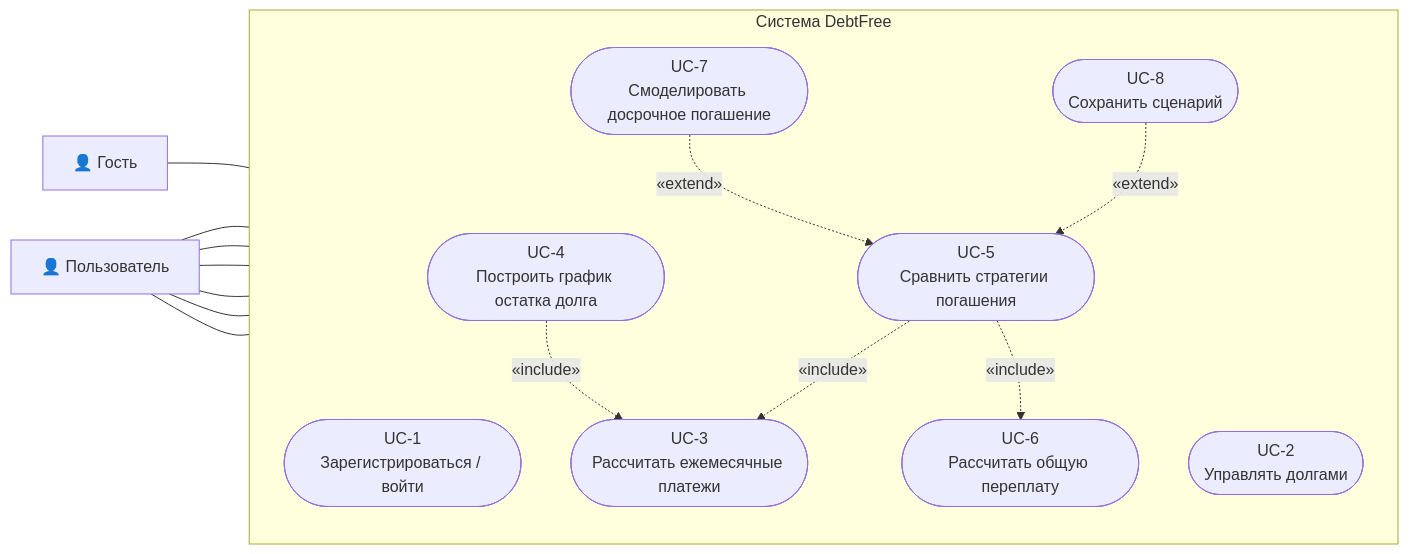
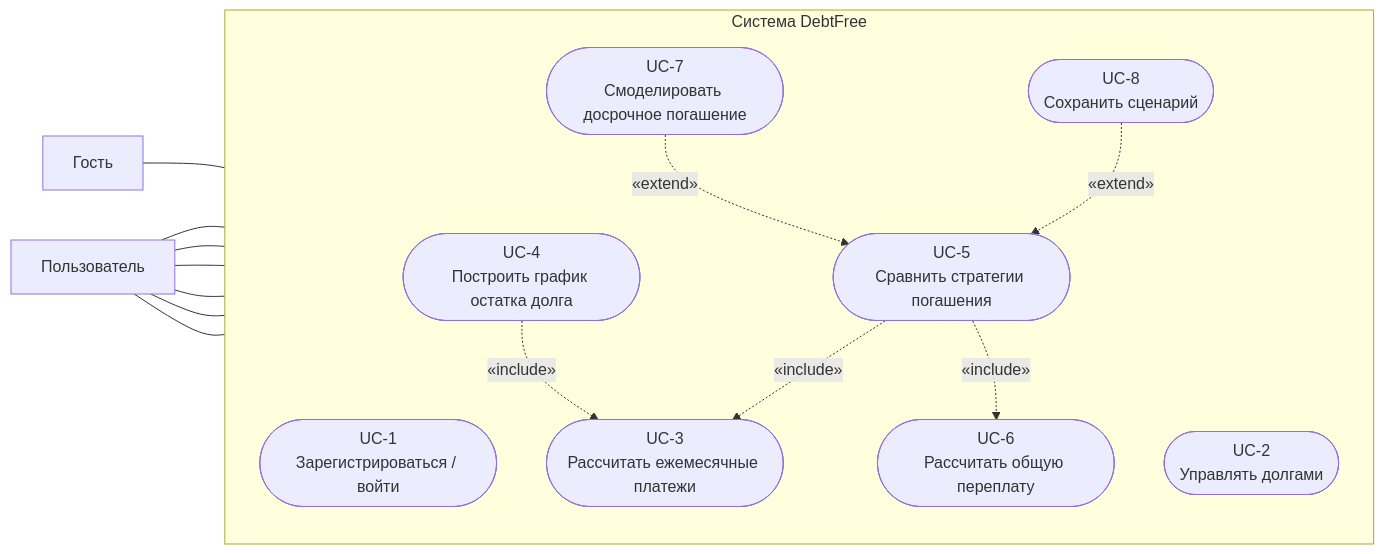
One commit to NE4EL/DebtFree changed the first of 3 diagrams in README.md. Above: the diagram before and after it, drawn with Mermaid.

````diff
--- a/README.md
+++ b/README.md
@@ -38,31 +38,31 @@
 ```mermaid
 flowchart LR
-    G["👤 Гость"]
-    U["👤 Пользователь"]
+    G["Гость"]
+    U["Пользователь"]
 
     subgraph SYS["Система DebtFree"]
         direction TB
         UC1(["UC-1<br/>Зарегистрироваться / войти"])
         UC2(["UC-2<br/>Управлять долгами"])
         UC3(["UC-3<br/>Рассчитать ежемесячные платежи"])
         UC4(["UC-4<br/>Построить график остатка долга"])
         UC5(["UC-5<br/>Сравнить стратегии погашения"])
         UC6(["UC-6<br/>Рассчитать общую переплату"])
         UC7(["UC-7<br/>Смоделировать досрочное погашение"])
         UC8(["UC-8<br/>Сохранить сценарий"])
     end
 
     G --- UC1
     U --- UC1
     U --- UC2
     U --- UC4
     U --- UC5
     U --- UC7
 
     UC4 -. "«include»" .-> UC3
     UC5 -. "«include»" .-> UC3
     UC5 -. "«include»" .-> UC6
     UC7 -. "«extend»" .-> UC5
     UC8 -. "«extend»" .-> UC5
     U --- UC8
 ```
````
